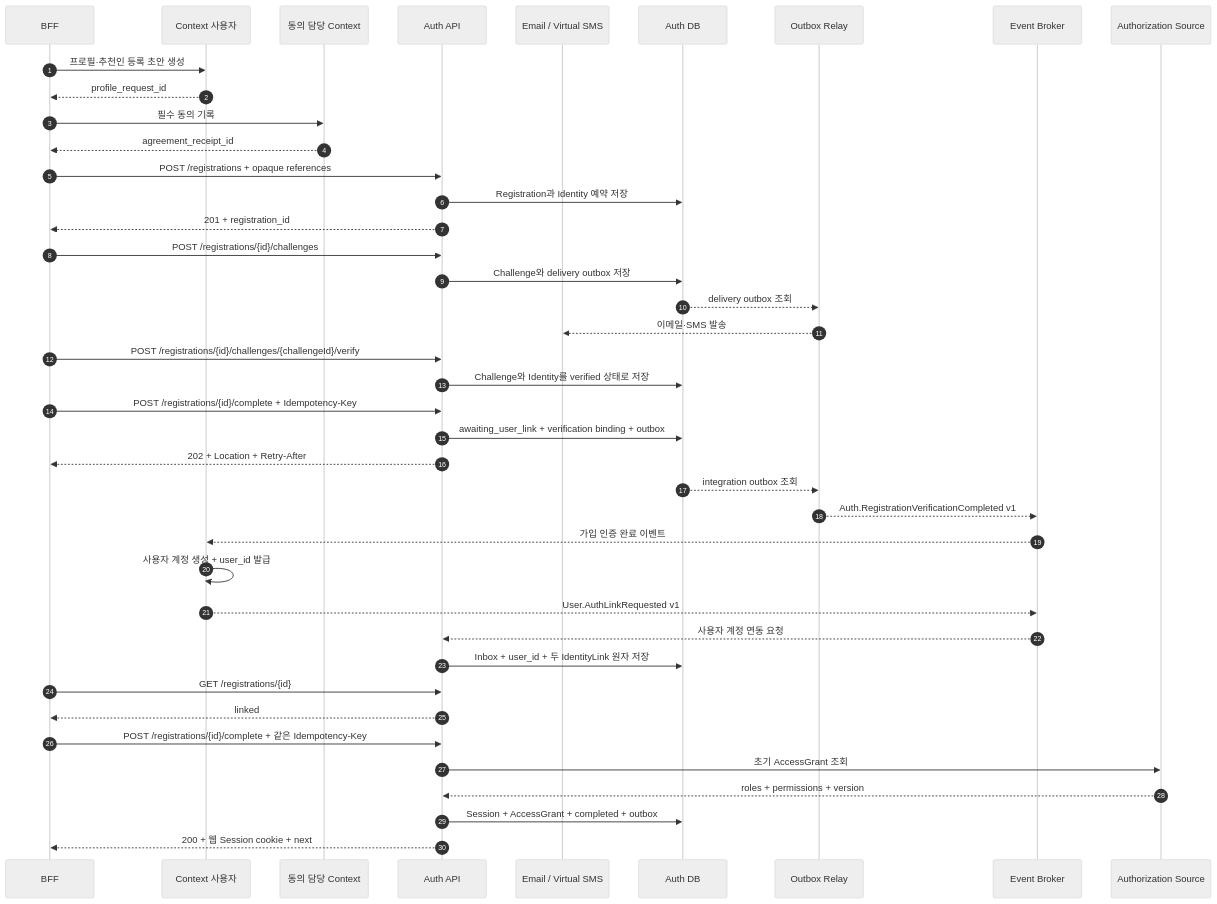
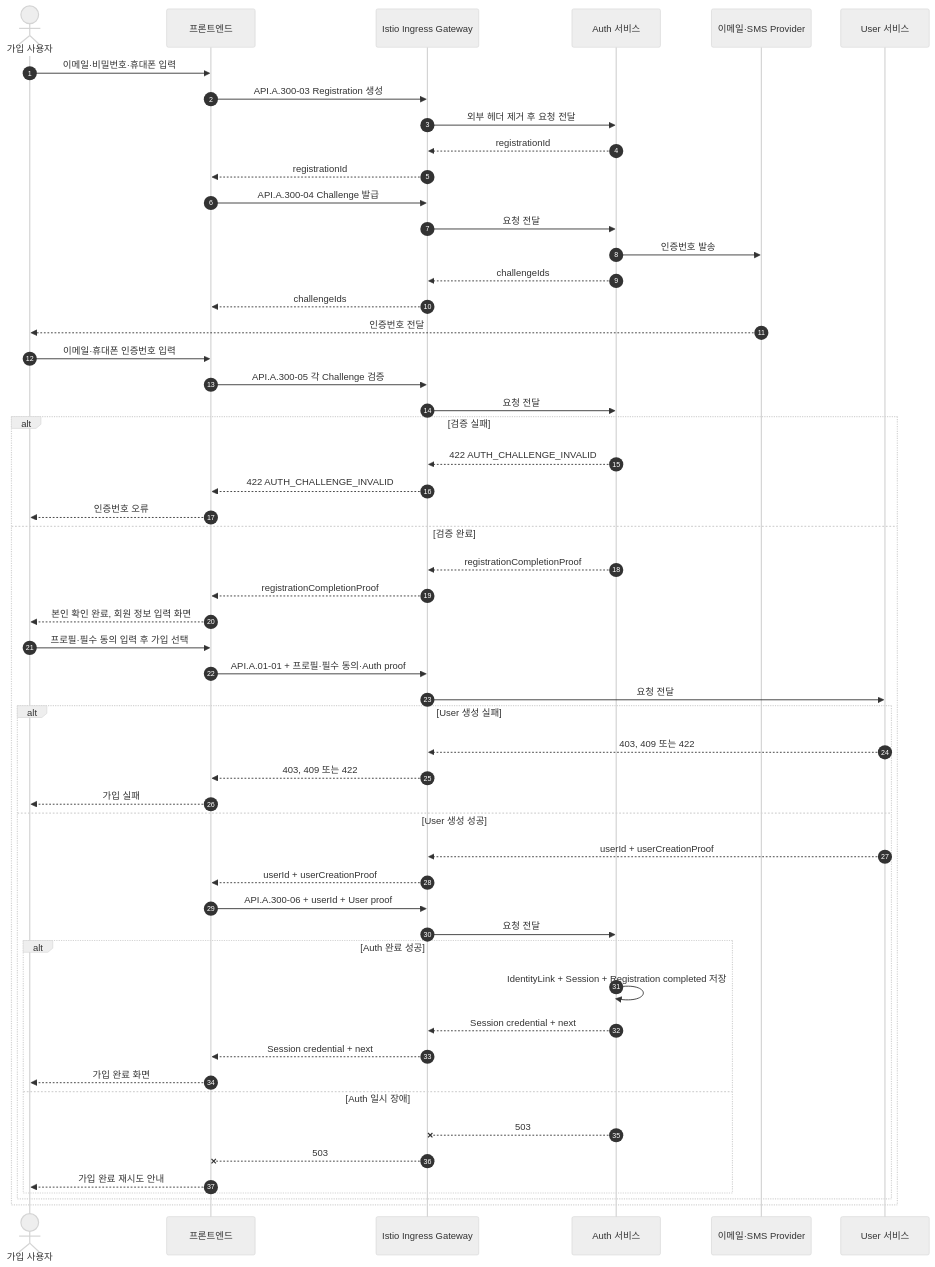
The diagram in blueprint/80-sequence/A_300_auth/SCN_A_300_01_email_registration.md (Medikong/archive), drawn with Mermaid (neutral theme) before and after one commit. The commit also changed other lines of this file and 61 other files, not shown here.

Commit message:
docs(user): 사용자 서비스 설계와 배포 전략 정리

````diff
--- a/blueprint/80-sequence/A_300_auth/SCN_A_300_01_email_registration.md
+++ b/blueprint/80-sequence/A_300_auth/SCN_A_300_01_email_registration.md
@@ -40,44 +37,58 @@
 ```mermaid
 sequenceDiagram
     autonumber
-    participant BFF
-    participant User as Context 사용자
-    participant Agreement as 동의 담당 Context
-    participant Auth as Auth API
-    participant Provider as Email / Virtual SMS
-    participant DB as Auth DB
-    participant Relay as Outbox Relay
-    participant Broker as Event Broker
-    participant Authz as Authorization Source
+    actor Customer as 가입 사용자
+    participant FE as 프론트엔드
+    participant Ingress as Istio Ingress Gateway
+    participant Auth as Auth 서비스
+    participant Provider as 이메일·SMS Provider
+    participant User as User 서비스
 
-    BFF->>User: 프로필·추천인 등록 초안 생성
-    User-->>BFF: profile_request_id
-    BFF->>Agreement: 필수 동의 기록
-    Agreement-->>BFF: agreement_receipt_id
-    BFF->>Auth: POST /registrations + opaque references
-    Auth->>DB: Registration과 Identity 예약 저장
-    Auth-->>BFF: 201 + registration_id
-    BFF->>Auth: POST /registrations/{id}/challenges
-    Auth->>DB: Challenge와 delivery outbox 저장
-    DB-->>Relay: delivery outbox 조회
-    Relay-->>Provider: 이메일·SMS 발송
-    BFF->>Auth: POST /registrations/{id}/challenges/{challengeId}/verify
-    Auth->>DB: Challenge와 Identity를 verified 상태로 저장
-    BFF->>Auth: POST /registrations/{id}/complete + Idempotency-Key
-    Auth->>DB: awaiting_user_link + verification binding + outbox
-    Auth-->>BFF: 202 + Location + Retry-After
-    DB-->>Relay: integration outbox 조회
-    Relay-->>Broker: Auth.RegistrationVerificationCompleted v1
-    Broker-->>User: 가입 인증 완료 이벤트
-    User->>User: 사용자 계정 생성 + user_id 발급
-    User-->>Broker: User.AuthLinkRequested v1
-    Broker-->>Auth: 사용자 계정 연동 요청
-    Auth->>DB: Inbox + user_id + 두 IdentityLink 원자 저장
-    BFF->>Auth: GET /registrations/{id}
-    Auth-->>BFF: linked
-    BFF->>Auth: POST /registrations/{id}/complete + 같은 Idempotency-Key
-    Auth->>Authz: 초기 AccessGrant 조회
-    Authz-->>Auth: roles + permissions + version
-    Auth->>DB: Session + AccessGrant + completed + outbox
-    Auth-->>BFF: 200 + 웹 Session cookie + next
+    Customer->>FE: 이메일·비밀번호·휴대폰 입력
+    FE->>Ingress: API.A.300-03 Registration 생성
+    Ingress->>Auth: 외부 헤더 제거 후 요청 전달
+    Auth-->>Ingress: registrationId
+    Ingress-->>FE: registrationId
+    FE->>Ingress: API.A.300-04 Challenge 발급
+    Ingress->>Auth: 요청 전달
+    Auth->>Provider: 인증번호 발송
+    Auth-->>Ingress: challengeIds
+    Ingress-->>FE: challengeIds
+
+    Provider-->>Customer: 인증번호 전달
+    Customer->>FE: 이메일·휴대폰 인증번호 입력
+    FE->>Ingress: API.A.300-05 각 Challenge 검증
+    Ingress->>Auth: 요청 전달
+    alt 검증 실패
+        Auth-->>Ingress: 422 AUTH_CHALLENGE_INVALID
+        Ingress-->>FE: 422 AUTH_CHALLENGE_INVALID
+        FE-->>Customer: 인증번호 오류
+    else 검증 완료
+        Auth-->>Ingress: registrationCompletionProof
+        Ingress-->>FE: registrationCompletionProof
+        FE-->>Customer: 본인 확인 완료, 회원 정보 입력 화면
+        Customer->>FE: 프로필·필수 동의 입력 후 가입 선택
+        FE->>Ingress: API.A.01-01 + 프로필·필수 동의·Auth proof
+        Ingress->>User: 요청 전달
+        alt User 생성 실패
+            User-->>Ingress: 403, 409 또는 422
+            Ingress-->>FE: 403, 409 또는 422
+            FE-->>Customer: 가입 실패
+        else User 생성 성공
+            User-->>Ingress: userId + userCreationProof
+            Ingress-->>FE: userId + userCreationProof
+            FE->>Ingress: API.A.300-06 + userId + User proof
+            Ingress->>Auth: 요청 전달
+            alt Auth 완료 성공
+                Auth->>Auth: IdentityLink + Session + Registration completed 저장
+                Auth-->>Ingress: Session credential + next
+                Ingress-->>FE: Session credential + next
+                FE-->>Customer: 가입 완료 화면
+            else Auth 일시 장애
+                Auth--xIngress: 503
+                Ingress--xFE: 503
+                FE-->>Customer: 가입 완료 재시도 안내
+            end
+        end
+    end
 ```
````
